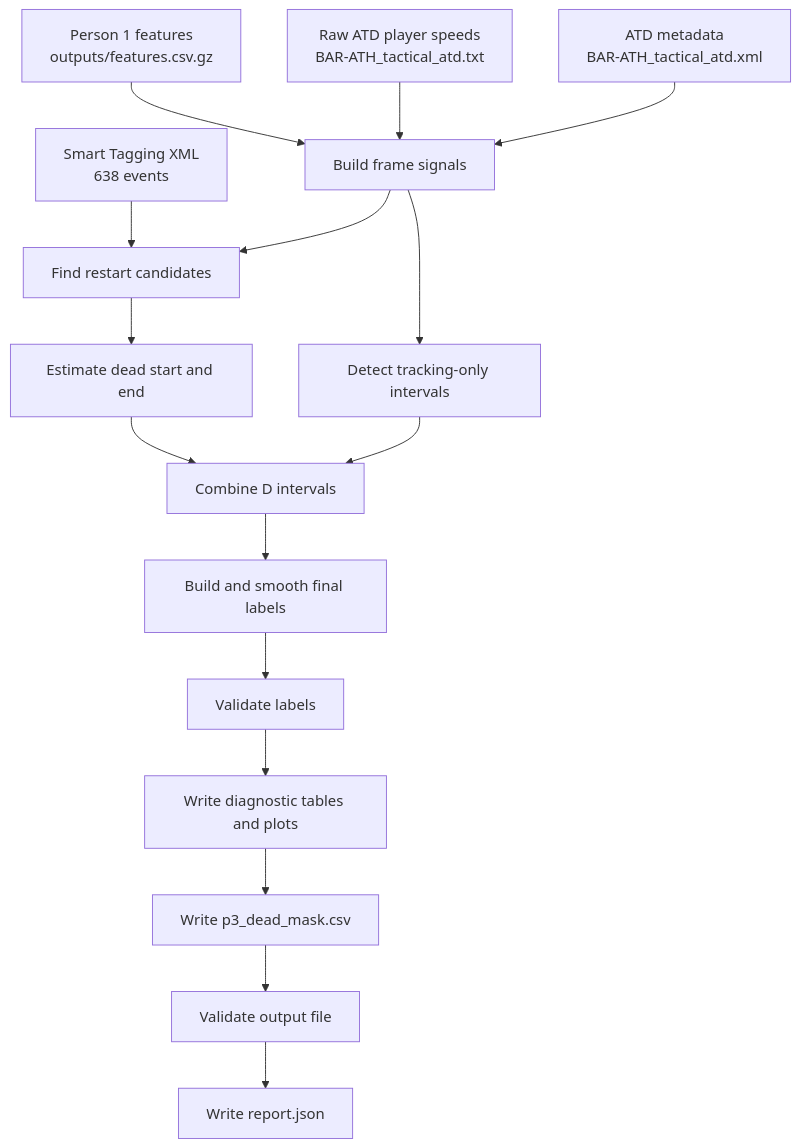
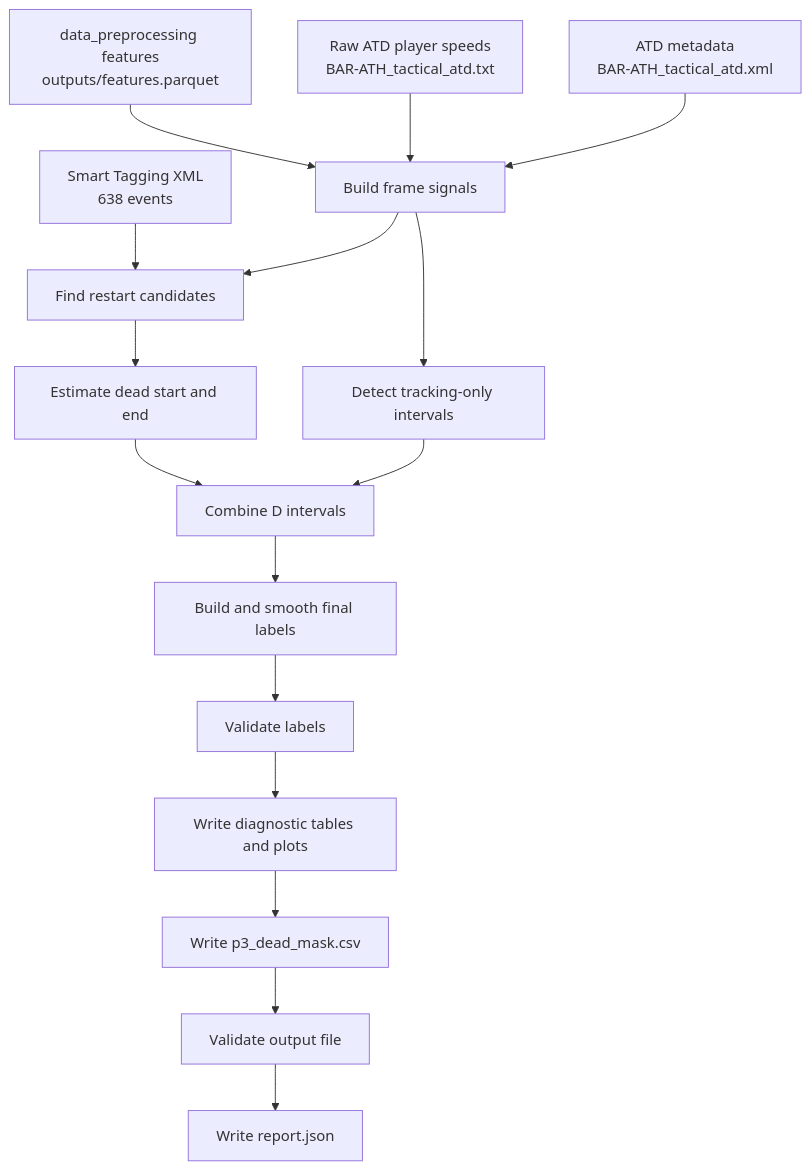
Before and after one commit to chaimaeddib2005/OffsideAI: the diagram in src/Dead_Ball/README.md, drawn with Mermaid. The commit also changed other lines of this file and 24 other files, not shown here.

````diff
--- a/src/Dead_Ball/README.md
+++ b/src/Dead_Ball/README.md
@@ -104,18 +121,18 @@
 ```mermaid
 flowchart TD
-    F["Person 1 features<br/>outputs/features.csv.gz"] --> S["Build frame signals"]
+    F["data_preprocessing features<br/>outputs/features.parquet"] --> S["Build frame signals"]
     A["Raw ATD player speeds<br/>BAR-ATH_tactical_atd.txt"] --> S
     X["ATD metadata<br/>BAR-ATH_tactical_atd.xml"] --> S
     T["Smart Tagging XML<br/>638 events"] --> R["Find restart candidates"]
     S --> R
     R --> E["Estimate dead start and end"]
     S --> K["Detect tracking-only intervals"]
     E --> C["Combine D intervals"]
     K --> C
     C --> P["Build and smooth final labels"]
     P --> L["Validate labels"]
     L --> W["Write diagnostic tables and plots"]
     W --> O["Write p3_dead_mask.csv"]
     O --> V["Validate output file"]
     V --> G["Write report.json"]
 ```
````
